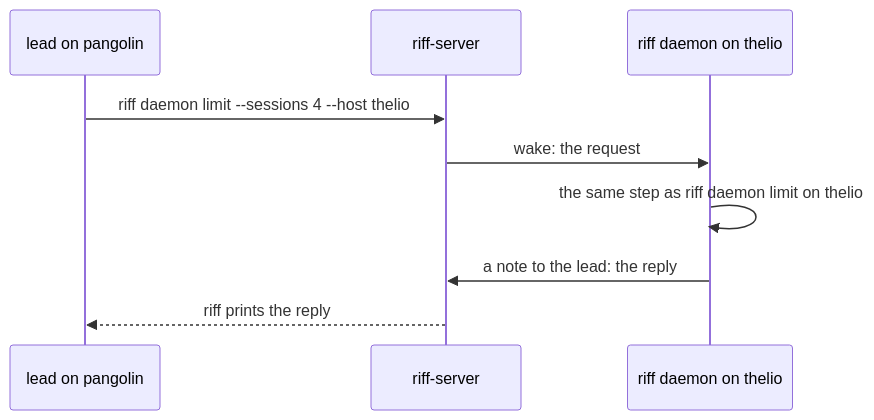
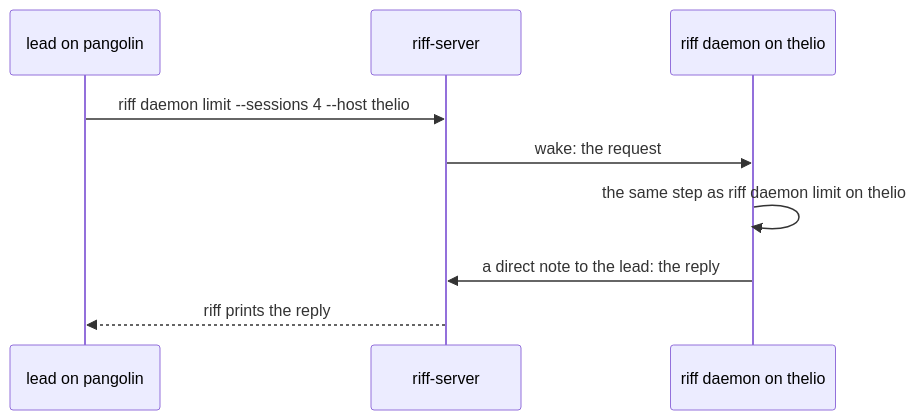
One commit to como-technologies/riff changed diagram 16 of 35 in docs/src/development.md. Above: the diagram before and after it, drawn with Mermaid. The commit also changed other lines of this file and 13 other files, not shown here.

````diff
--- a/docs/src/development.md
+++ b/docs/src/development.md
@@ -1381,11 +1386,11 @@
 ```mermaid
 sequenceDiagram
     participant L as lead on pangolin
     participant S as riff-server
     participant D as riff daemon on thelio
     L->>S: riff daemon limit --sessions 4 --host thelio
     S->>D: wake: the request
     D->>D: the same step as riff daemon limit on thelio
-    D->>S: a note to the lead: the reply
+    D->>S: a direct note to the lead: the reply
     S-->>L: riff prints the reply
 ```
````
